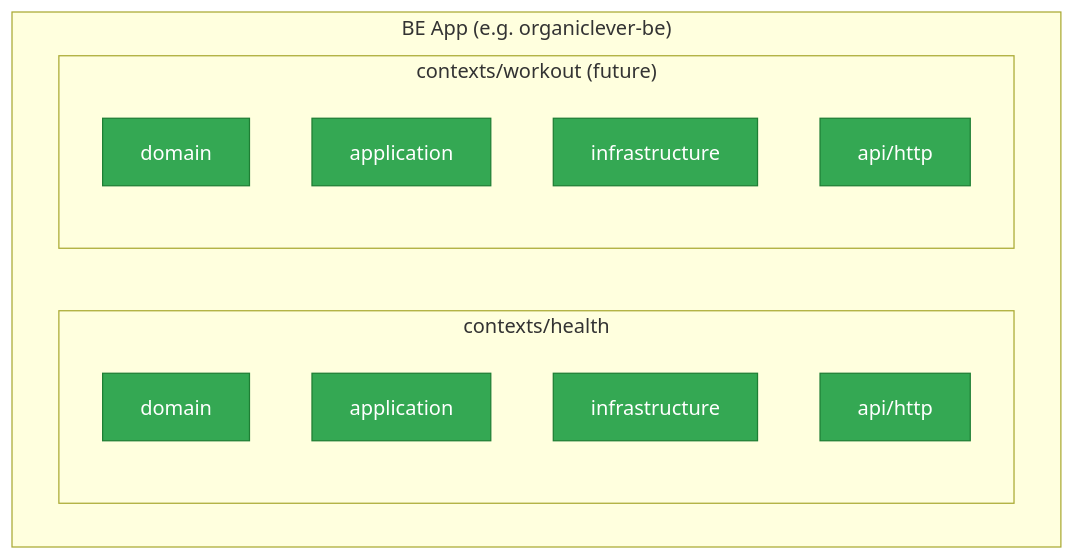
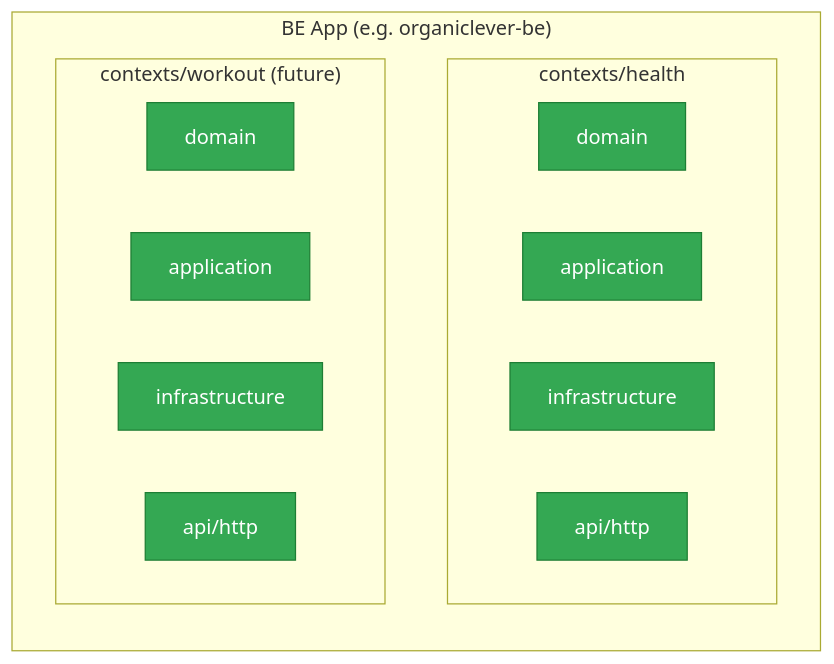
The second of 2 diagrams in plans/done/2026-05-26__adopt-hexagonal-ddd-architecture/tech-docs.md (wahidyankf/baseerah), drawn with Mermaid before and after one commit. The commit also changed 11 other files, not shown here.

First line of the commit message:
docs: fix over-wide and over-long mermaid diagrams repo-wide (D-CLEAN)

````diff
--- a/plans/done/2026-05-26__adopt-hexagonal-ddd-architecture/tech-docs.md
+++ b/plans/done/2026-05-26__adopt-hexagonal-ddd-architecture/tech-docs.md
@@ -38,20 +38,20 @@
 ```mermaid
-flowchart TD
+flowchart LR
   classDef ctx fill:#4E9AF1,stroke:#2563EB,color:#fff
   classDef layer fill:#34A853,stroke:#1E7E34,color:#fff
 
   subgraph BE["BE App (e.g. organiclever-be)"]
     subgraph C1["contexts/health"]
       D1[domain]:::layer
       AP1[application]:::layer
       IN1[infrastructure]:::layer
       H1[api/http]:::layer
     end
     subgraph C2["contexts/workout (future)"]
       D2[domain]:::layer
       AP2[application]:::layer
       IN2[infrastructure]:::layer
       H2[api/http]:::layer
     end
   end
 ```
````
